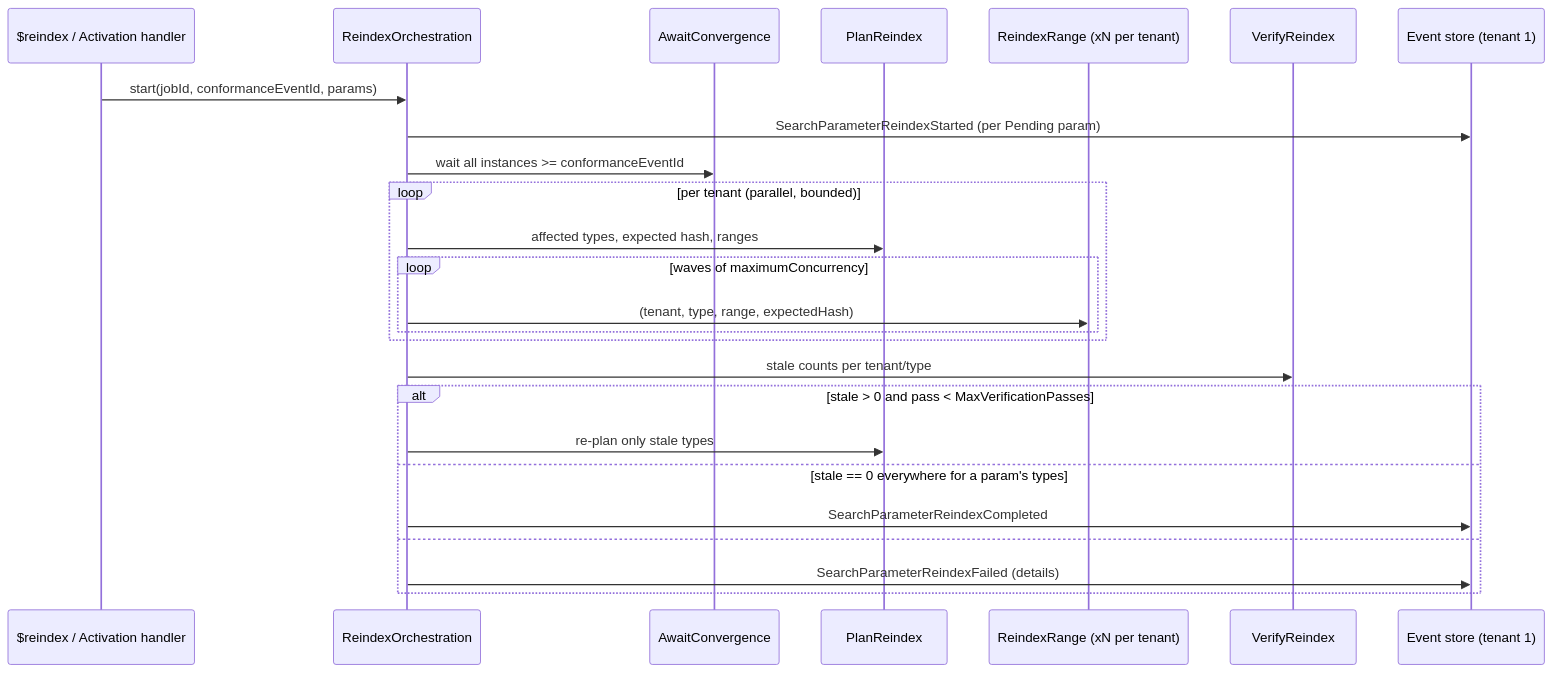
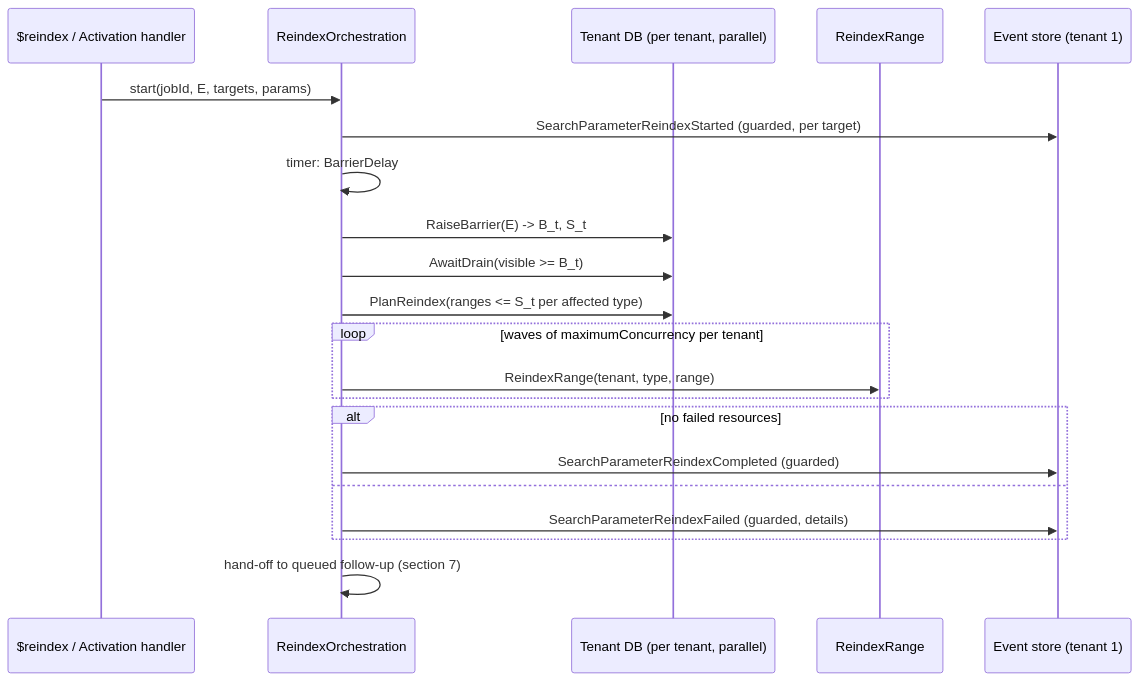
One commit to brendankowitz/ignixa-fhir changed the second of 2 diagrams in docs/features/reindex/spec.md. Above: the diagram before and after it, drawn with Mermaid. The commit also changed other lines of this file and 2 other files, not shown here.

First line of the commit message:
Revise reindex spec to barrier-fenced transaction cutoff

````diff
--- a/docs/features/reindex/spec.md
+++ b/docs/features/reindex/spec.md
@@ -270,27 +366,23 @@
 ```mermaid
 sequenceDiagram
     participant API as $reindex / Activation handler
     participant O as ReindexOrchestration
-    participant C as AwaitConvergence
-    participant P as PlanReindex
-    participant W as ReindexRange (xN per tenant)
-    participant V as VerifyReindex
+    participant T as Tenant DB (per tenant, parallel)
+    participant W as ReindexRange
     participant E as Event store (tenant 1)
-    API->>O: start(jobId, conformanceEventId, params)
-    O->>E: SearchParameterReindexStarted (per Pending param)
-    O->>C: wait all instances >= conformanceEventId
-    loop per tenant (parallel, bounded)
-        O->>P: affected types, expected hash, ranges
-        loop waves of maximumConcurrency
-            O->>W: (tenant, type, range, expectedHash)
-        end
+    API->>O: start(jobId, E, targets, params)
+    O->>E: SearchParameterReindexStarted (guarded, per target)
+    O->>O: timer: BarrierDelay
+    O->>T: RaiseBarrier(E) -> B_t, S_t
+    O->>T: AwaitDrain(visible >= B_t)
+    O->>T: PlanReindex(ranges <= S_t per affected type)
+    loop waves of maximumConcurrency per tenant
+        O->>W: ReindexRange(tenant, type, range)
     end
-    O->>V: stale counts per tenant/type
-    alt stale > 0 and pass < MaxVerificationPasses
-        O->>P: re-plan only stale types
-    else stale == 0 everywhere for a param's types
-        O->>E: SearchParameterReindexCompleted
+    alt no failed resources
+        O->>E: SearchParameterReindexCompleted (guarded)
     else
-        O->>E: SearchParameterReindexFailed (details)
+        O->>E: SearchParameterReindexFailed (guarded, details)
     end
+    O->>O: hand-off to queued follow-up (section 7)
 ```
````
